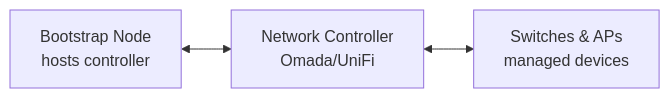
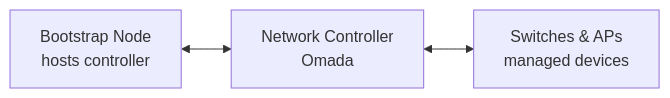
The diagram in content/docs/platforms/network/network-controllers/_index.md (deevnet/deevnet-docs), drawn with Mermaid before and after one commit. The commit also changed other lines of this file and 51 other files, not shown here.

```diff
--- a/content/docs/platforms/network/network-controllers/_index.md
+++ b/content/docs/platforms/network/network-controllers/_index.md
@@ -12,4 +12,4 @@
 {{< mermaid >}}
 graph LR
-    A[Bootstrap Node<br>hosts controller] <--> B[Network Controller<br>Omada/UniFi] <--> C[Switches & APs<br>managed devices]
+    A[Bootstrap Node<br>hosts controller] <--> B[Network Controller<br>Omada] <--> C[Switches & APs<br>managed devices]
 {{< /mermaid >}}
```
